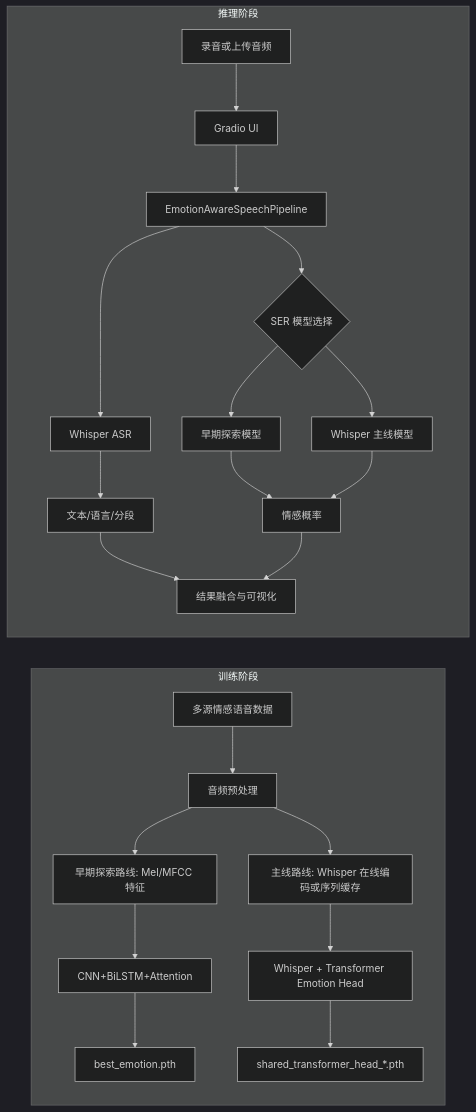
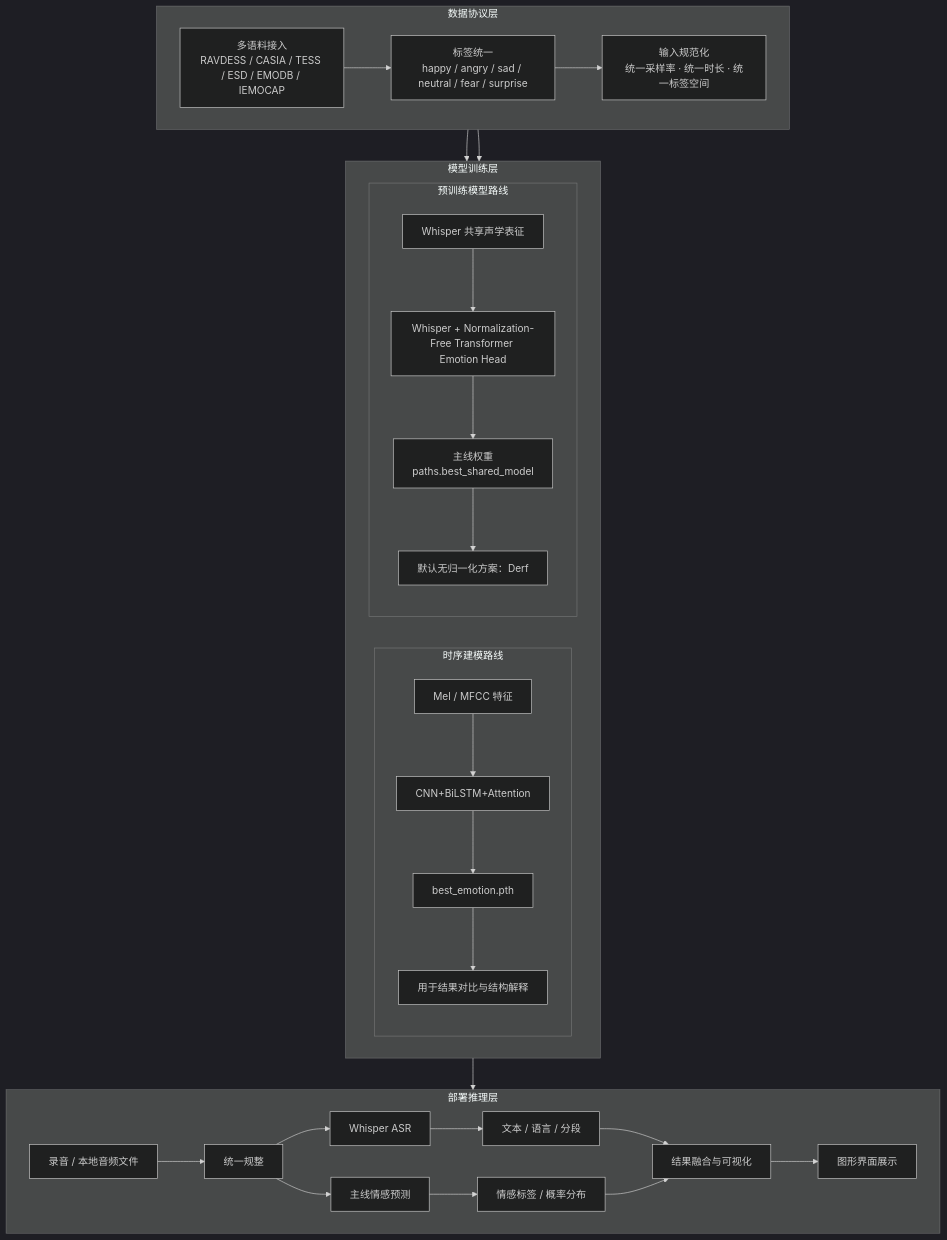
One commit to quan35/Emotion-perception-driven-speech-recognition-system changed the first of 3 diagrams in README.md. Above: the diagram before and after it, drawn with Mermaid (dark theme). The commit also changed other lines of this file and 59 other files, not shown here.

````diff
--- a/README.md
+++ b/README.md
@@ -141,26 +141,38 @@
 ```mermaid
-flowchart LR
-    subgraph Training[训练阶段]
-        A[多源情感语音数据] --> B[音频预处理]
-        B --> C[早期探索路线: Mel/MFCC 特征]
-        B --> D[主线路线: Whisper 在线编码或序列缓存]
-        C --> E[CNN+BiLSTM+Attention]
-        D --> F[Whisper + Transformer Emotion Head]
-        E --> G[best_emotion.pth]
-        F --> H[shared_transformer_head_*.pth]
+flowchart TB
+    subgraph D[数据协议层]
+        direction LR
+        D1[多语料接入<br/>RAVDESS / CASIA / TESS / ESD / EMODB / IEMOCAP] --> D2[标签统一<br/>happy / angry / sad / neutral / fear / surprise] --> D3[输入规范化<br/>统一采样率 · 统一时长 · 统一标签空间]
     end
 
-    subgraph Inference[推理阶段]
-        I[录音或上传音频] --> J[Gradio UI]
-        J --> K[EmotionAwareSpeechPipeline]
-        K --> L[Whisper ASR]
-        K --> M{SER 模型选择}
-        M --> N[早期探索模型]
-        M --> O[Whisper 主线模型]
-        L --> P[文本/语言/分段]
-        N --> Q[情感概率]
-        O --> Q
-        P --> R[结果融合与可视化]
-        Q --> R
+    subgraph T[模型训练层]
+        direction LR
+        subgraph T1[时序建模路线]
+            direction TB
+            B1[Mel / MFCC 特征] --> B2[CNN+BiLSTM+Attention] --> B3[best_emotion.pth]
+            B3 --> B4[用于结果对比与结构解释]
+        end
+
+        subgraph T2[预训练模型路线]
+            direction TB
+            M1[Whisper 共享声学表征] --> M2[Whisper + Normalization-Free Transformer Emotion Head] --> M3[主线权重<br/>paths.best_shared_model]
+            M3 --> M4[默认无归一化方案：Derf]
+        end
     end
+
+    subgraph I[部署推理层]
+        direction LR
+        I1[录音 / 本地音频文件] --> I2[统一规整]
+        I2 --> I3[Whisper ASR]
+        I2 --> I4[主线情感预测]
+        I3 --> O1[文本 / 语言 / 分段]
+        I4 --> O2[情感标签 / 概率分布]
+        O1 --> I5[结果融合与可视化]
+        O2 --> I5
+        I5 --> I6[图形界面展示]
+    end
+
+    D3 --> B1
+    D3 --> M1
+    M3 --> I4
 ```
````
